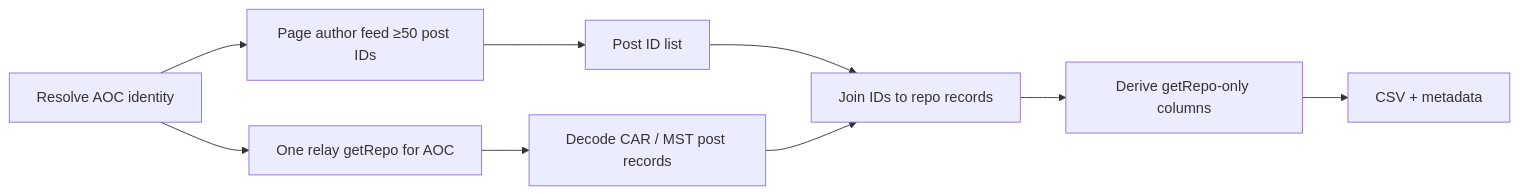
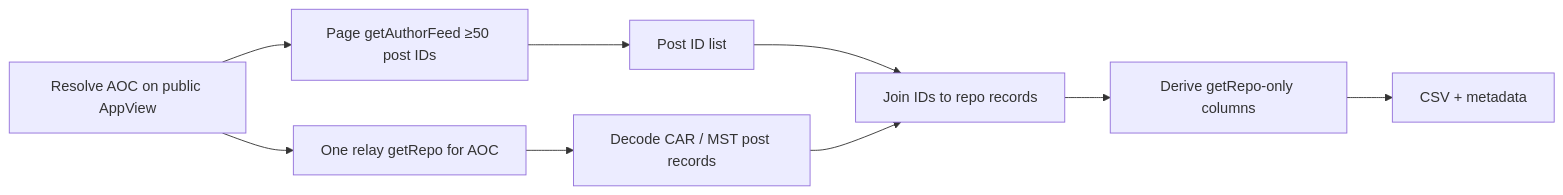
One commit to METResearchGroup/lab_data_integrations_interface changed the diagram in docs/plans/2026-08-11_aoc_bluesky_getrepo_metrics_92b5b5/plan.md. Above: the diagram before and after it, drawn with Mermaid. The commit also changed other lines of this file and 4 other files, not shown here.

First line of the commit message:
docs: expand AOC getRepo metrics plan with step specs

````diff
--- a/docs/plans/2026-08-11_aoc_bluesky_getrepo_metrics_92b5b5/plan.md
+++ b/docs/plans/2026-08-11_aoc_bluesky_getrepo_metrics_92b5b5/plan.md
@@ -20,11 +20,11 @@
 ```mermaid
 flowchart LR
-  resolve["Resolve AOC identity"] --> feed["Page author feed ≥50 post IDs"]
+  resolve["Resolve AOC on public AppView"] --> feed["Page getAuthorFeed ≥50 post IDs"]
   feed --> ids["Post ID list"]
   resolve --> repo["One relay getRepo for AOC"]
   repo --> decode["Decode CAR / MST post records"]
   ids --> join["Join IDs to repo records"]
   decode --> join
   join --> metrics["Derive getRepo-only columns"]
   metrics --> out["CSV + metadata"]
 ```
````
